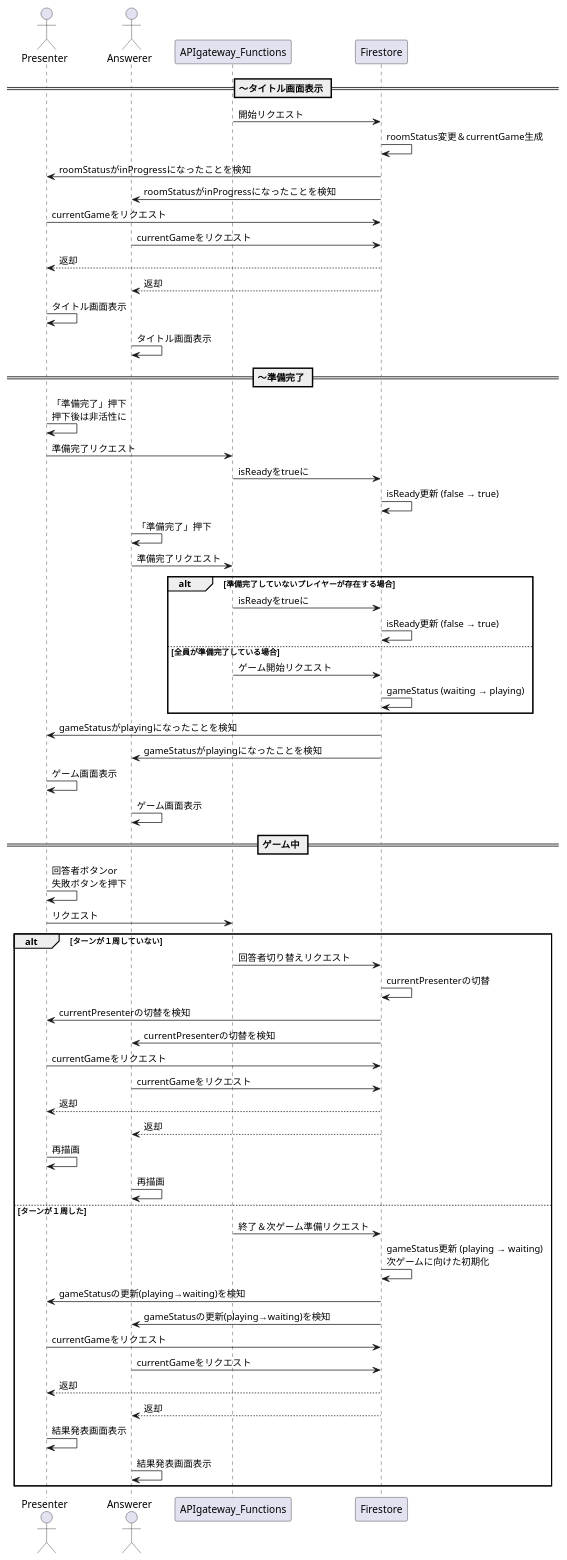
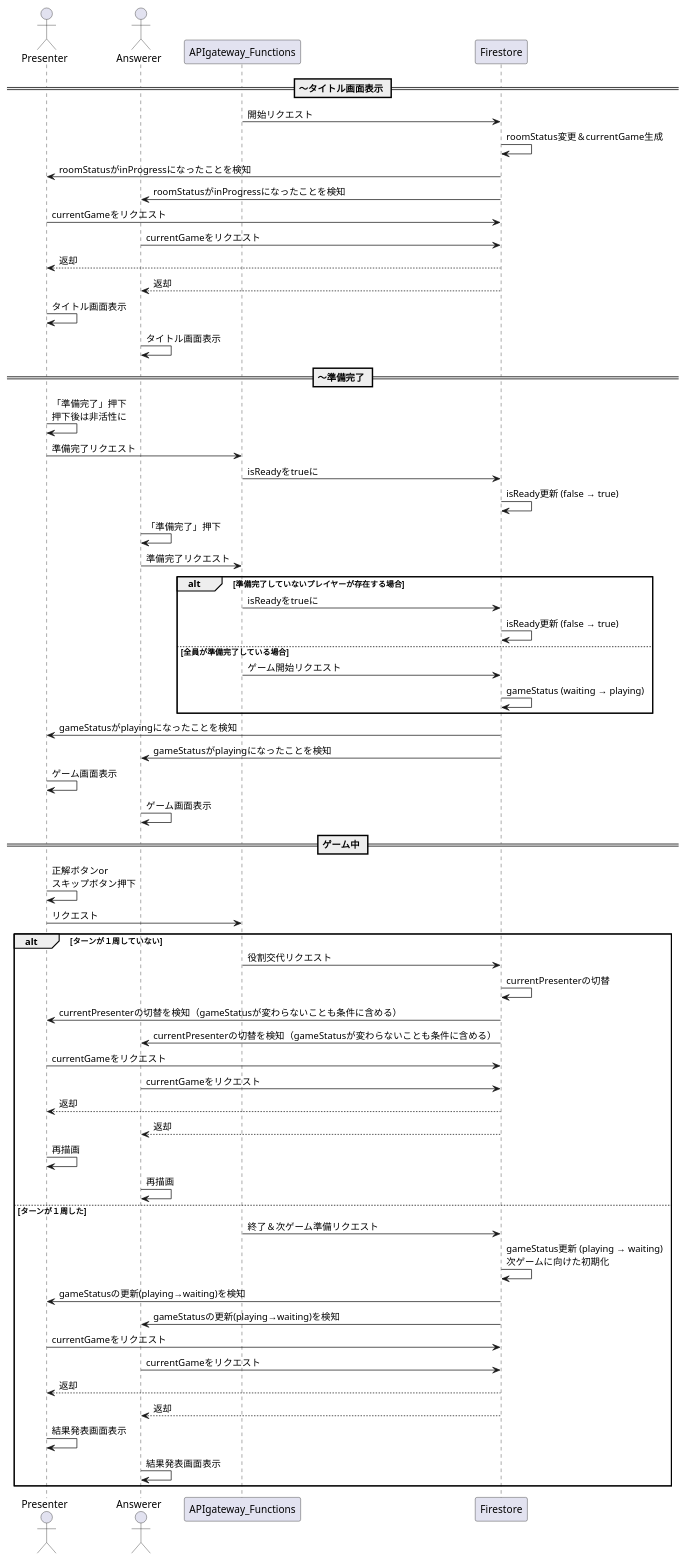
The diagram in doc/sequence/0002_katakana.wsd (hi-okuma/bdghub), drawn with PlantUML before and after one commit. The commit also changed 56 other files, not shown here.

```diff
--- a/doc/sequence/0002_katakana.wsd
+++ b/doc/sequence/0002_katakana.wsd
@@ -1,71 +1,71 @@
 @startuml
 
 actor Presenter
 actor Answerer
 
 participant APIgateway_Functions
 participant Firestore
 
 == 〜タイトル画面表示 ==
 APIgateway_Functions -> Firestore: 開始リクエスト
 Firestore -> Firestore: roomStatus変更＆currentGame生成
 Presenter <- Firestore: roomStatusがinProgressになったことを検知
 Answerer <- Firestore: roomStatusがinProgressになったことを検知
 Presenter -> Firestore: currentGameをリクエスト
 Answerer -> Firestore: currentGameをリクエスト
 Presenter <-- Firestore: 返却
 Answerer <-- Firestore: 返却
 Presenter -> Presenter: タイトル画面表示
 Answerer -> Answerer: タイトル画面表示
 
 == 〜準備完了 ==
 Presenter -> Presenter: 「準備完了」押下\n押下後は非活性に
 Presenter -> APIgateway_Functions: 準備完了リクエスト
 APIgateway_Functions -> Firestore: isReadyをtrueに
 Firestore -> Firestore: isReady更新 (false → true)
 
 Answerer -> Answerer: 「準備完了」押下
 Answerer -> APIgateway_Functions: 準備完了リクエスト
 
 alt 準備完了していないプレイヤーが存在する場合
 APIgateway_Functions -> Firestore: isReadyをtrueに
 Firestore -> Firestore: isReady更新 (false → true)
 else 全員が準備完了している場合
 APIgateway_Functions -> Firestore: ゲーム開始リクエスト
 Firestore -> Firestore: gameStatus (waiting → playing)
 end
 
 Presenter <- Firestore: gameStatusがplayingになったことを検知
 Answerer <- Firestore: gameStatusがplayingになったことを検知
 Presenter -> Presenter: ゲーム画面表示
 Answerer -> Answerer: ゲーム画面表示
 
 == ゲーム中 ==
-Presenter -> Presenter: 回答者ボタンor\n失敗ボタンを押下
+Presenter -> Presenter: 正解ボタンor\nスキップボタン押下
 Presenter -> APIgateway_Functions: リクエスト
 
 alt ターンが１周していない
-APIgateway_Functions -> Firestore: 回答者切り替えリクエスト
+APIgateway_Functions -> Firestore: 役割交代リクエスト
 Firestore -> Firestore: currentPresenterの切替
-Presenter <- Firestore: currentPresenterの切替を検知
-Answerer <- Firestore: currentPresenterの切替を検知
+Presenter <- Firestore: currentPresenterの切替を検知（gameStatusが変わらないことも条件に含める）
+Answerer <- Firestore: currentPresenterの切替を検知（gameStatusが変わらないことも条件に含める）
 Presenter -> Firestore: currentGameをリクエスト
 Answerer -> Firestore: currentGameをリクエスト
 Presenter <-- Firestore: 返却
 Answerer <-- Firestore: 返却
 Presenter -> Presenter: 再描画
 Answerer -> Answerer: 再描画
 else ターンが１周した
 APIgateway_Functions -> Firestore: 終了＆次ゲーム準備リクエスト
 Firestore -> Firestore: gameStatus更新 (playing → waiting)\n次ゲームに向けた初期化
 Presenter <- Firestore: gameStatusの更新(playing→waiting)を検知
 Answerer <- Firestore: gameStatusの更新(playing→waiting)を検知
 Presenter -> Firestore: currentGameをリクエスト
 Answerer -> Firestore: currentGameをリクエスト
 Presenter <-- Firestore: 返却
 Answerer <-- Firestore: 返却
 Presenter -> Presenter: 結果発表画面表示
 Answerer -> Answerer: 結果発表画面表示
 end
 
 @enduml
```
